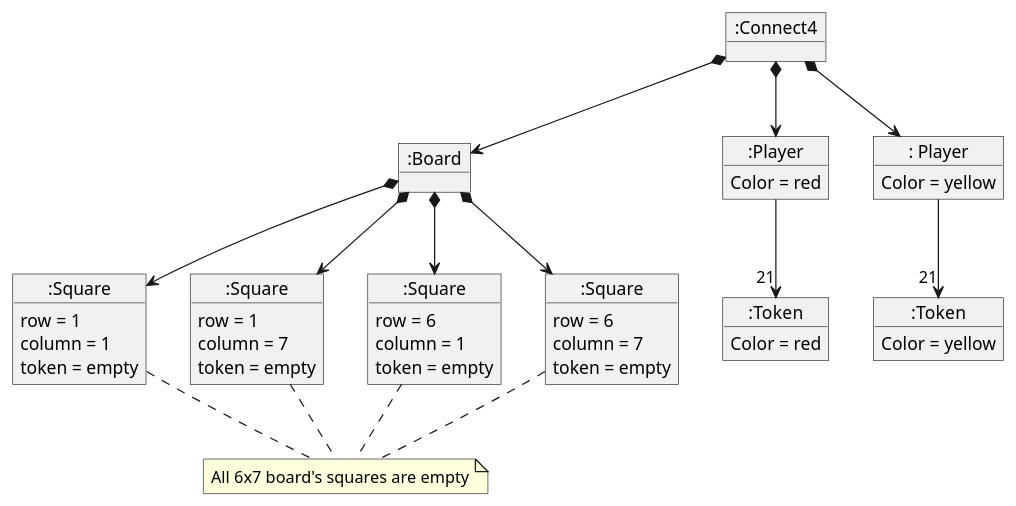
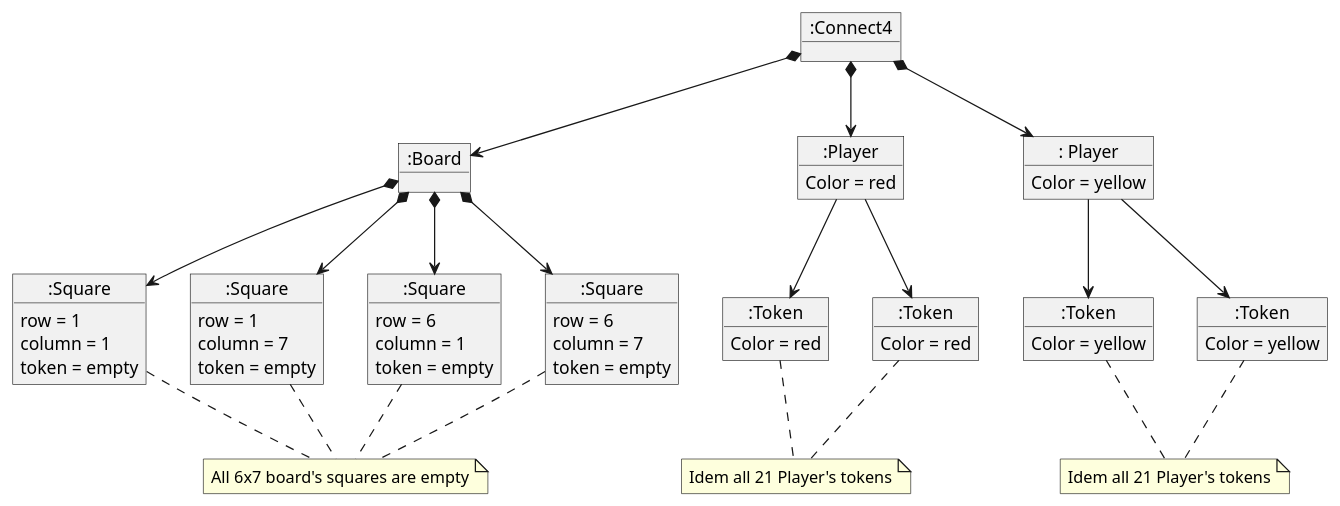
Before and after one commit to PabloMartinFluvia/IT-School: the diagram in MPDS/Connect4/docs/src/domain model initial state.plantuml, drawn with PlantUML. The commit also changed 2 other files, not shown here.

```diff
--- a/MPDS/Connect4/docs/src/domain model initial state.plantuml
+++ b/MPDS/Connect4/docs/src/domain model initial state.plantuml
@@ -1,67 +1,87 @@
 @startuml
 
 object ":Connect4" as connect4
 object ":Board" as board
 
 'players'
 object ":Player" as playerRed{
 Color = red
 }
 object ": Player" as playerYellow{
 Color = yellow
 }
 
 'squares'
 object ":Square" as square11{
 row = 1
 column = 1
 token = empty
 }
 object ":Square" as square17{
 row = 1
 column = 7
 token = empty
 }
 object ":Square" as square61{
 row = 6
 column = 1
 token = empty
 }
 object ":Square" as square67{
 row = 6
 column = 7
 token = empty
 }
 
 'tokens'
-object ":Token" as tokenRed{
+object ":Token" as tokenRed1{
 Color = red
 }
-object ":Token" as tokenYellow{
+object ":Token" as tokenRed2{
+Color = red
+}
+object ":Token" as tokenYellow1{
+Color = yellow
+}
+object ":Token" as tokenYellow2{
 Color = yellow
 }
 
 'connect4 dependencies'
 connect4 *-down-> board
 connect4 *-down-> playerRed
 connect4 *-down-> playerYellow
 
 'board dependencies'
 board *-down-> square11
 board *-down-> square17
 board *-down-> square61
 board *-down-> square67
 
 'player dependencies'
-playerRed -down-> "21" tokenRed
-playerYellow -down-> "21" tokenYellow
+playerRed -down-> tokenRed1
+playerRed -down-> tokenRed2
+playerYellow -down-> tokenYellow1
+playerYellow -down-> tokenYellow2
 
 note as NEmpty
 All 6x7 board's squares are empty
 end note
 square11..NEmpty
 square17..NEmpty
 square61..NEmpty
 square67..NEmpty
 
+note as NYellow
+Idem all 21 Player's tokens
+end note
+tokenYellow1..NYellow
+tokenYellow2..NYellow
+
+note as NRed
+Idem all 21 Player's tokens
+end note
+tokenRed1..NRed
+tokenRed2..NRed
+
 @enduml
```
